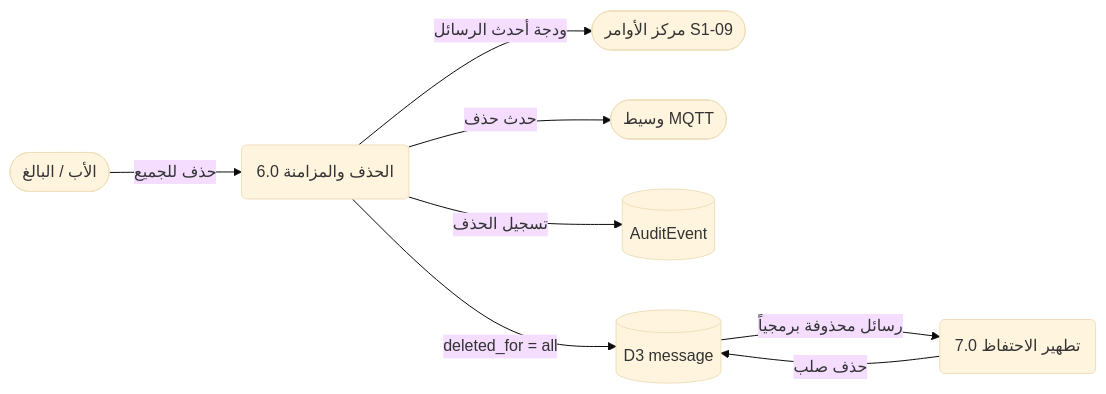
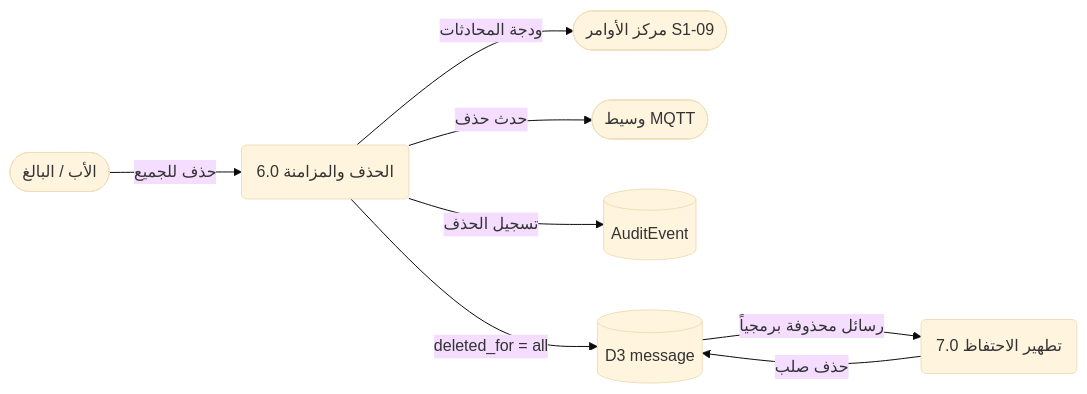
Diagram 24 of 27 in docs/family-os/governance/phases/phase-1/S1-08-chat-basic/DIAGRAMS.md (Bassam-mohammed-alqaeadi/family-os-v2), drawn with Mermaid (base theme) before and after one commit. The commit also changed other lines of this file and 15 other files, not shown here.

````diff
--- a/docs/family-os/governance/phases/phase-1/S1-08-chat-basic/DIAGRAMS.md
+++ b/docs/family-os/governance/phases/phase-1/S1-08-chat-basic/DIAGRAMS.md
@@ -858,18 +858,18 @@
 ```mermaid
 flowchart LR
     Father([الأب / البالغ])
     S109([مركز الأوامر S1-09])
     MQTT([وسيط MQTT])
     Audit[(AuditEvent)]
     P6(6.0 الحذف والمزامنة)
     P7(7.0 تطهير الاحتفاظ)
     D3[(D3 message)]
 
     Father -->|حذف للجميع| P6
     P6 -->|deleted_for = all| D3
     P6 -->|حدث حذف| MQTT
     P6 -->|تسجيل الحذف| Audit
-    P6 -->|ودجة أحدث الرسائل| S109
+    P6 -->|ودجة المحادثات| S109
     D3 -->|رسائل محذوفة برمجياً| P7
     P7 -->|حذف صلب| D3
 ```
````
